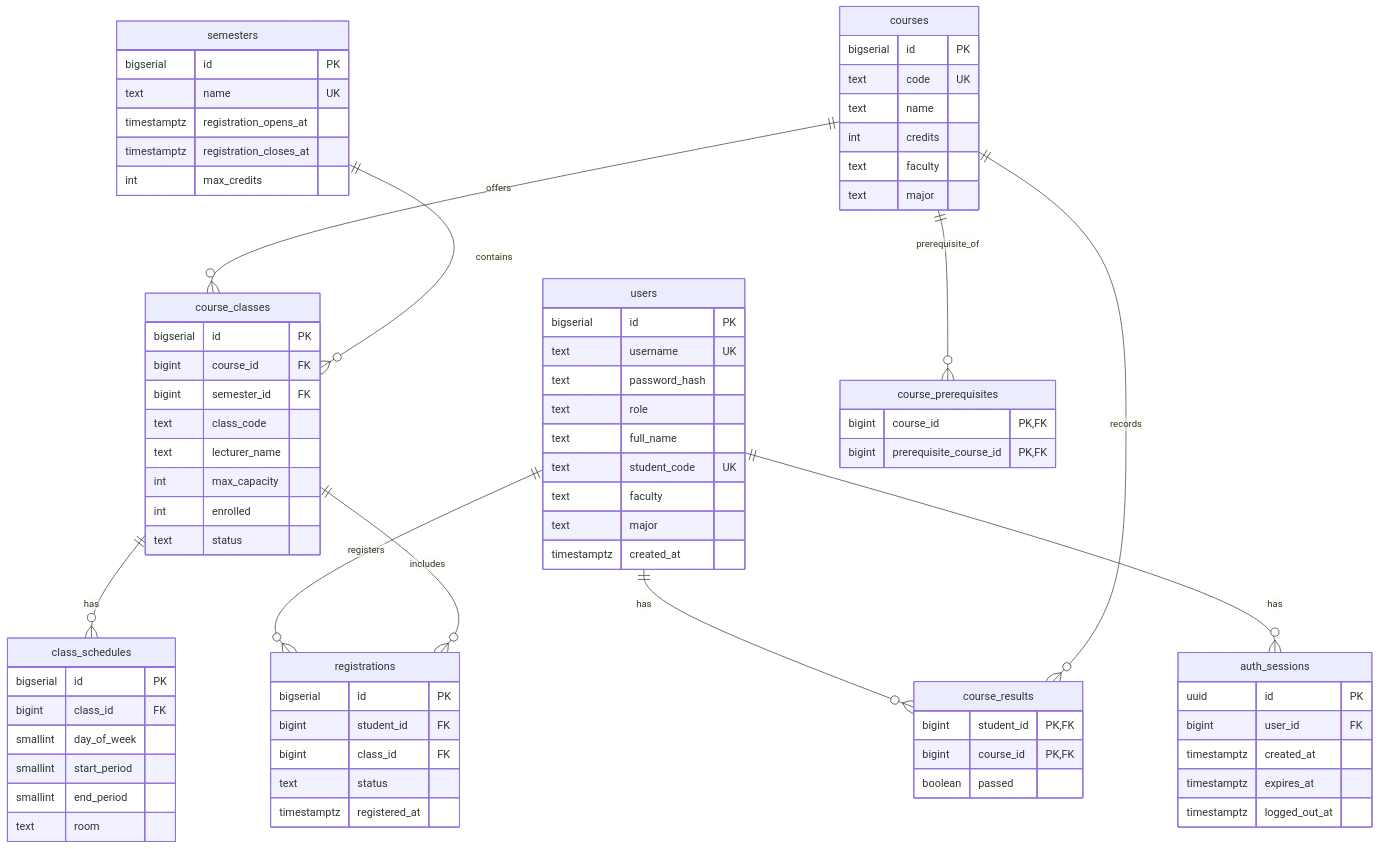
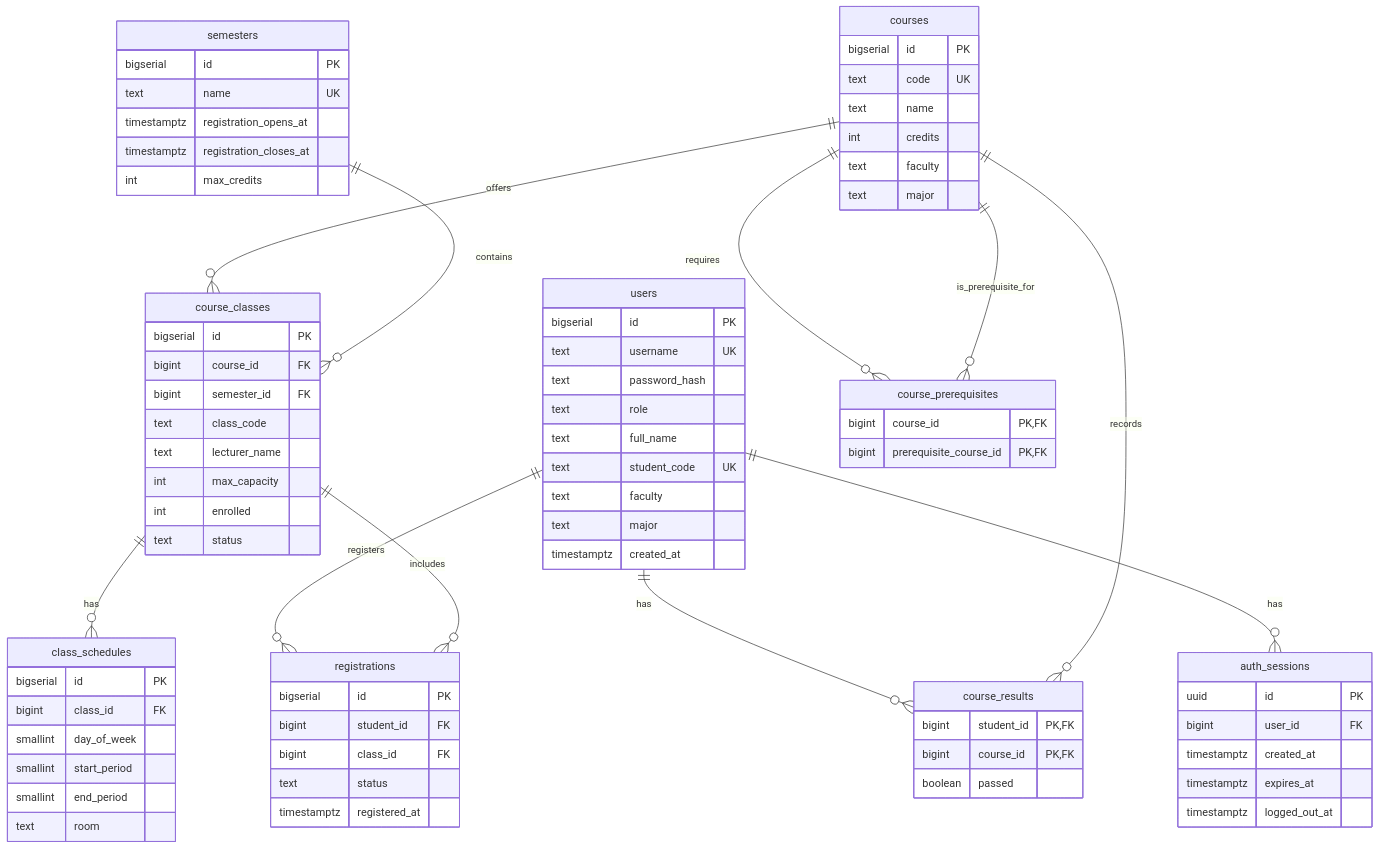
Before and after one commit to Akapi895/course-registration: the diagram in docs/diagrams/erd/README.md, drawn with Mermaid. The commit also changed 8 other files, not shown here.

Commit message:
docs: align diagrams with 12 API endpoints and exact schema constraints

```diff
--- a/docs/diagrams/erd/README.md
+++ b/docs/diagrams/erd/README.md
@@ -12,7 +12,8 @@
 
     courses ||--o{ course_classes : "offers"
     courses ||--o{ course_results : "records"
-    courses ||--o{ course_prerequisites : "prerequisite_of"
+    courses ||--o{ course_prerequisites : "requires"
+    courses ||--o{ course_prerequisites : "is_prerequisite_for"
 
     semesters ||--o{ course_classes : "contains"
 
```
